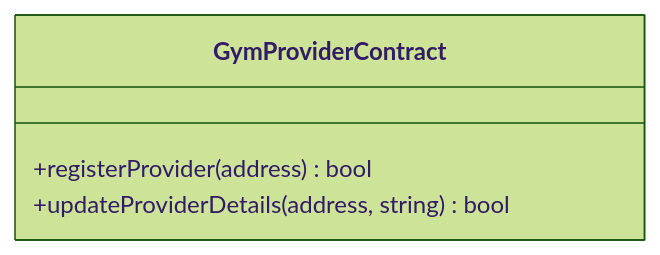
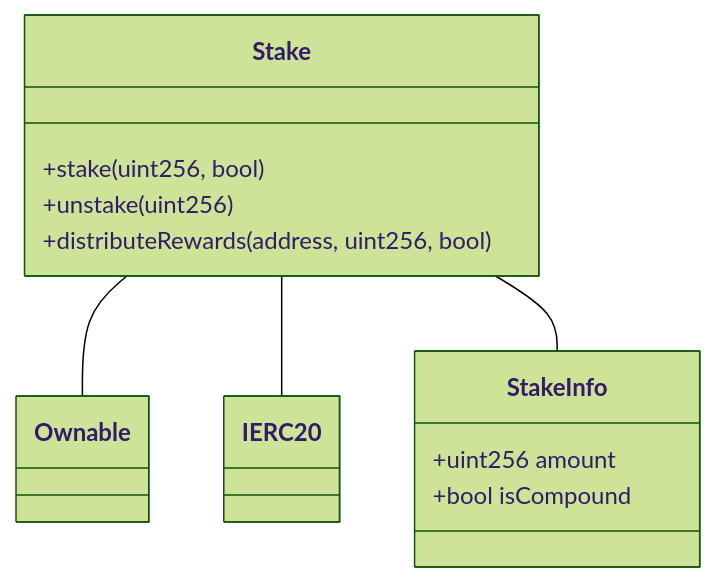
Before and after one commit to DeGym/documentation: the sixth of 6 diagrams in technical/smart-contracts.md, drawn with Mermaid. The commit also changed other lines of this file, not shown here.

````diff
--- a/technical/smart-contracts.md
+++ b/technical/smart-contracts.md
@@ -222,9 +504,17 @@
 ```mermaid
 %%{init: {'theme': 'forest'}}%%
 
 classDiagram
-    class GymProviderContract {
-      +registerProvider(address) bool
-      +updateProviderDetails(address, string) bool
+    class Stake {
+      +stake(uint256, bool)
+      +unstake(uint256)
+      +distributeRewards(address, uint256, bool)
     }
+    Stake -- Ownable
+    Stake -- IERC20
+    class StakeInfo {
+      +uint256 amount
+      +bool isCompound
+    }
+    Stake -- StakeInfo
 ```
````
